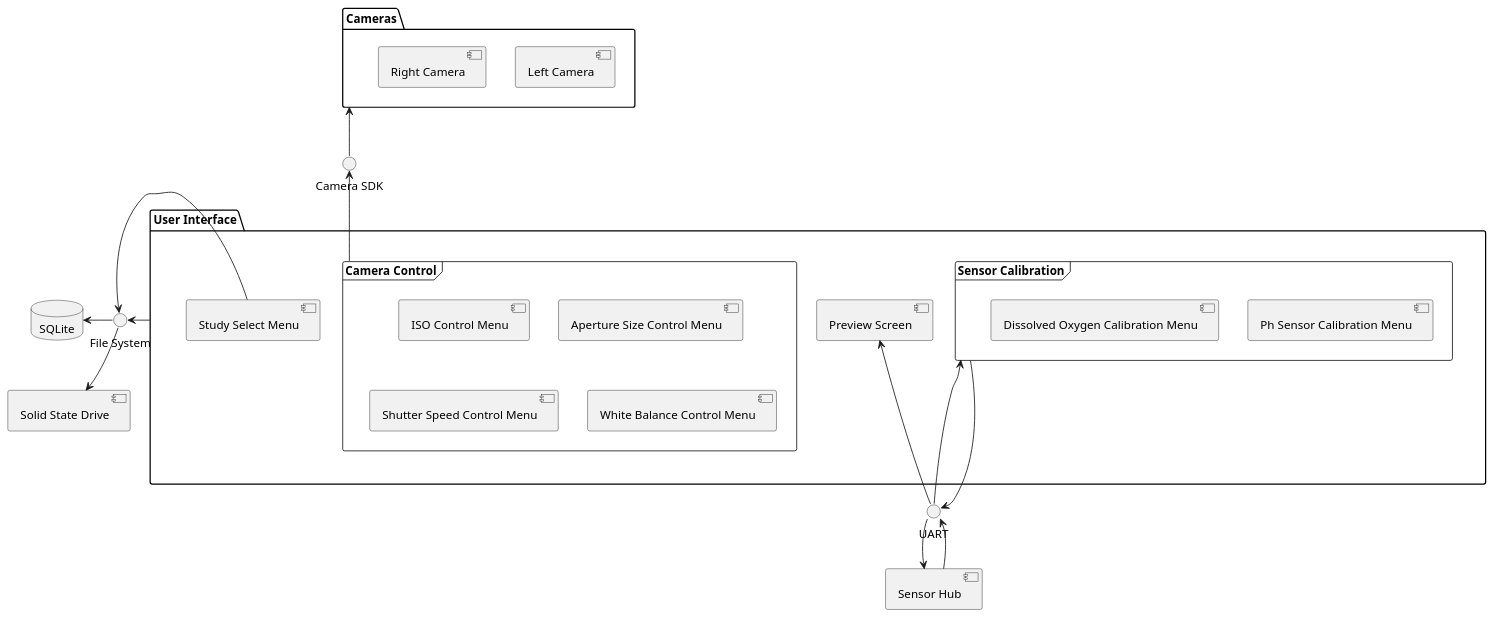
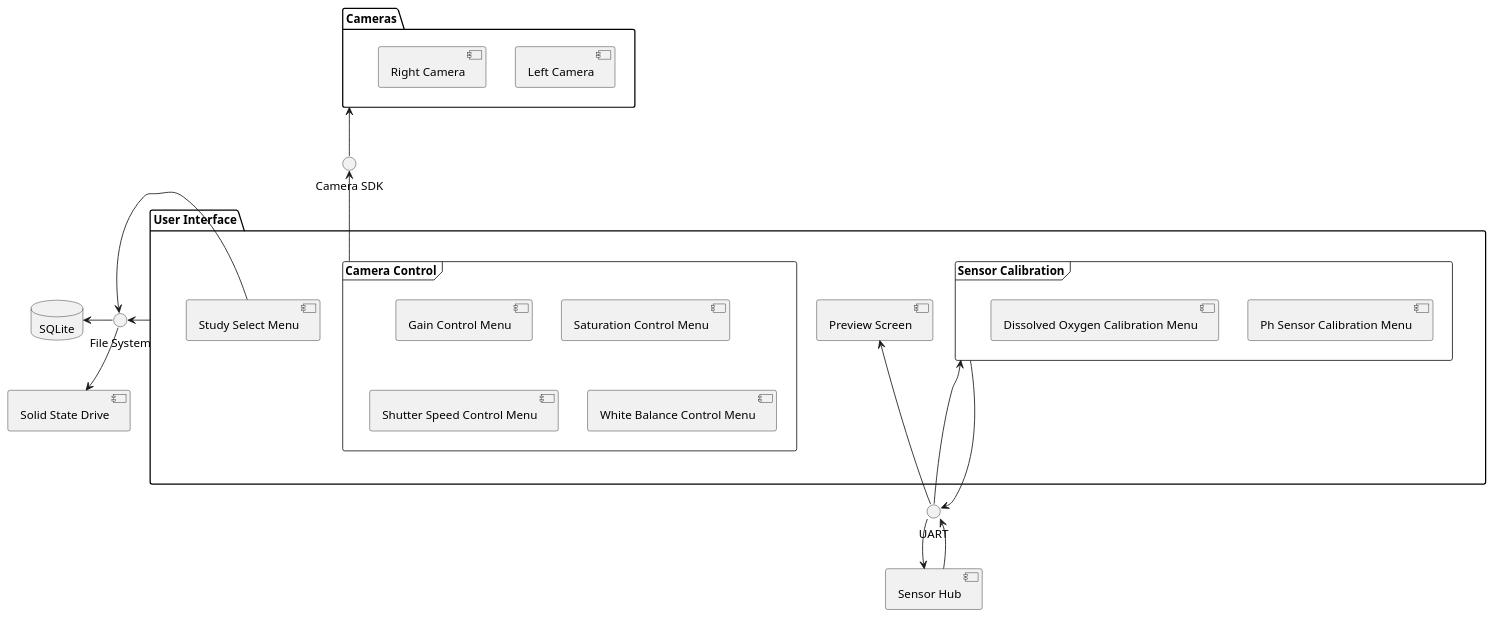
Before and after one commit to fabiomatos999/M.O.S.I.S: the diagram in Final_Report_Document/Appendix/System_Architecture_and_Interfaces/Software_Architecture/Figures/system_architecture.pu, drawn with PlantUML. The commit also changed 1 other file, not shown here.

Commit message:
Update system architecture diagram.

```diff
--- a/Final_Report_Document/Appendix/System_Architecture_and_Interfaces/Software_Architecture/Figures/system_architecture.pu
+++ b/Final_Report_Document/Appendix/System_Architecture_and_Interfaces/Software_Architecture/Figures/system_architecture.pu
@@ -1,39 +1,39 @@
 @startuml
 database "SQLite" {
 }
 package "User Interface" {
 	[Preview Screen]
 	[Study Select Menu]
 	frame "Camera Control" {
-		        [ISO Control Menu]
-		        [Aperture Size Control Menu]
+		        [Gain Control Menu]
+		        [Saturation Control Menu]
 		        [Shutter Speed Control Menu]
 		        [White Balance Control Menu]
 		}
 		frame "Sensor Calibration" {
 			[Ph Sensor Calibration Menu]
 			[Dissolved Oxygen Calibration Menu]
 			
 		}
 }
 package "Cameras" {
 	[Left Camera]
 	[Right Camera]	
 }
 [Sensor Hub]
 [Solid State Drive]
 interface "File System"
 interface "Camera SDK"
 interface "UART"
 "Camera Control" -up-> "Camera SDK"
 "Camera SDK" -up-> "Cameras"
 "Preview Screen" <-down-- "UART"
 "Sensor Calibration" --down-> "UART"
 "UART" -down-> "Sensor Hub"
 "Sensor Hub" -down-> "UART"
 "UART" --> "Sensor Calibration"
 "User Interface" --left-> "File System"
 "File System" -down-> "Solid State Drive"
 "File System" -left-> "SQLite"
 "Study Select Menu" -down-> "File System"
 @enduml
```
